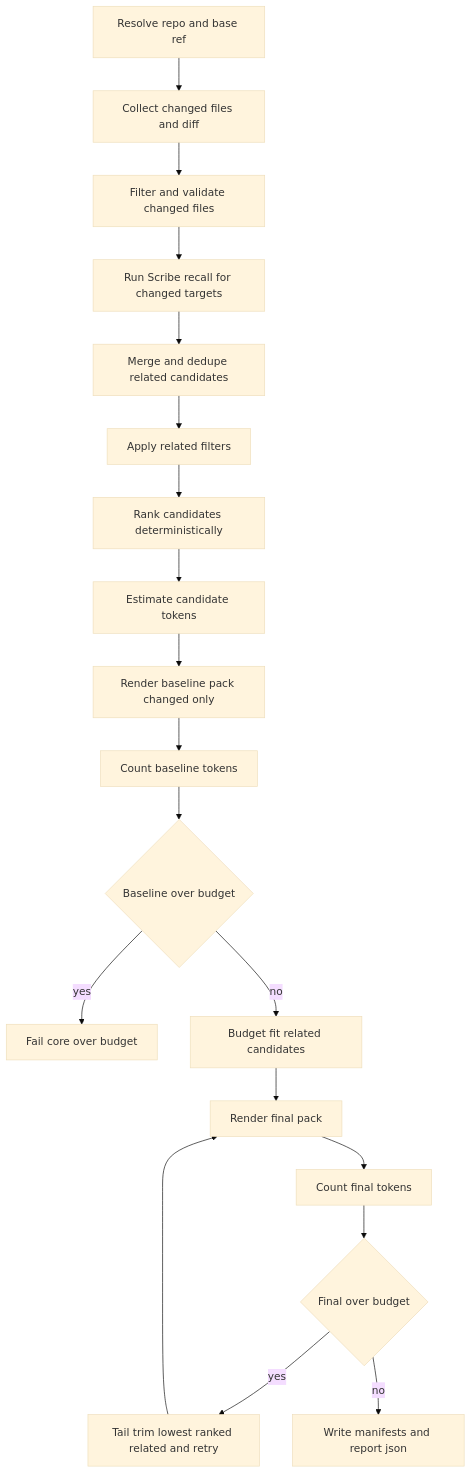
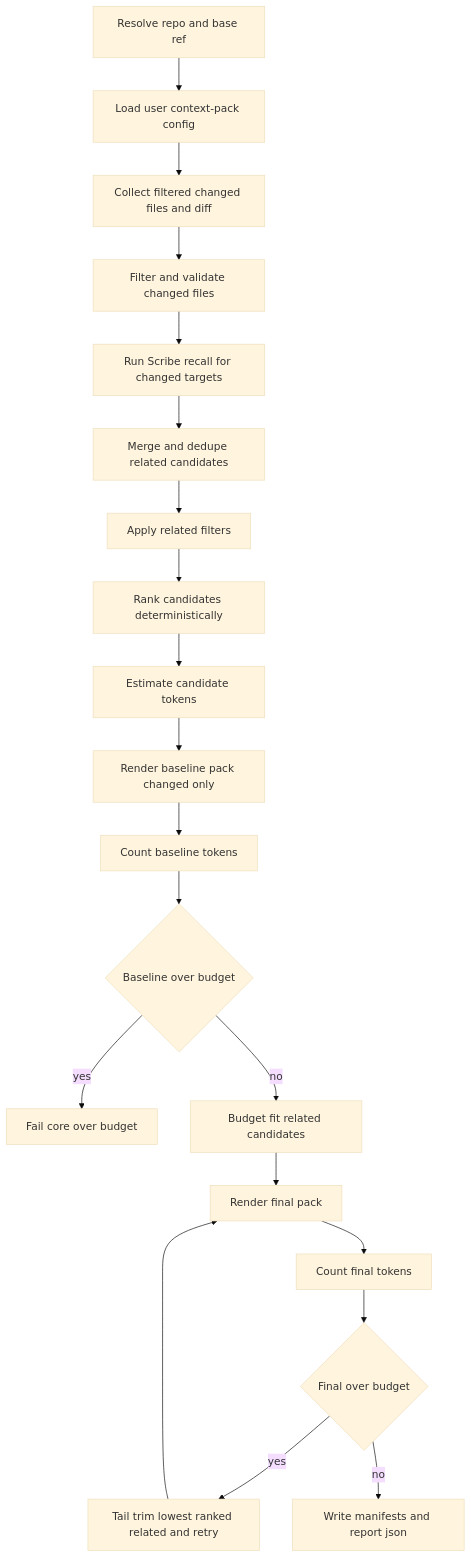
The second of 2 diagrams in ARCH.md (ferologics/pi-deep-review), drawn with Mermaid (base theme) before and after one commit. The commit also changed other lines of this file and 11 other files, not shown here.

````diff
--- a/ARCH.md
+++ b/ARCH.md
@@ -55,21 +55,22 @@
 ```mermaid
 flowchart TD
-    A[Resolve repo and base ref] --> B[Collect changed files and diff]
-    B --> C[Filter and validate changed files]
-    C --> D[Run Scribe recall for changed targets]
-    D --> E[Merge and dedupe related candidates]
-    E --> F[Apply related filters]
-    F --> G[Rank candidates deterministically]
-    G --> H[Estimate candidate tokens]
-    H --> I[Render baseline pack changed only]
-    I --> J[Count baseline tokens]
-    J --> K{Baseline over budget}
-    K -- yes --> L[Fail core over budget]
-    K -- no --> M[Budget fit related candidates]
-    M --> N[Render final pack]
-    N --> O[Count final tokens]
-    O --> P{Final over budget}
-    P -- yes --> Q[Tail trim lowest ranked related and retry]
-    Q --> N
-    P -- no --> R[Write manifests and report json]
+    A[Resolve repo and base ref] --> B[Load user context-pack config]
+    B --> C[Collect filtered changed files and diff]
+    C --> D[Filter and validate changed files]
+    D --> E[Run Scribe recall for changed targets]
+    E --> F[Merge and dedupe related candidates]
+    F --> G[Apply related filters]
+    G --> H[Rank candidates deterministically]
+    H --> I[Estimate candidate tokens]
+    I --> J[Render baseline pack changed only]
+    J --> K[Count baseline tokens]
+    K --> L{Baseline over budget}
+    L -- yes --> M[Fail core over budget]
+    L -- no --> N[Budget fit related candidates]
+    N --> O[Render final pack]
+    O --> P[Count final tokens]
+    P --> Q{Final over budget}
+    Q -- yes --> R[Tail trim lowest ranked related and retry]
+    R --> O
+    Q -- no --> S[Write manifests and report json]
 ```
````
